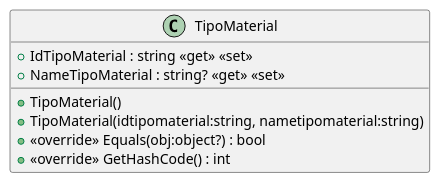
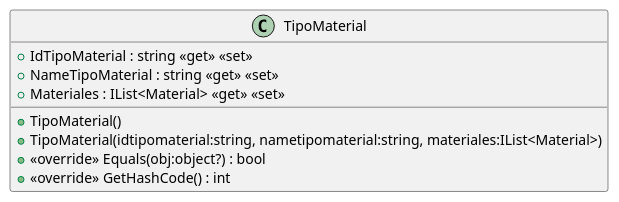
Before and after one commit to ISII2627LosIngenieros/ISII2627LosIngenieros: the diagram in src/AppForSEII.API/ClassDiagram/TipoMaterial.puml, drawn with PlantUML. The commit also changed 14 other files, not shown here.

Commit message:
Se actualizó el diagrama de clases asociado

```diff
--- a/src/AppForSEII.API/ClassDiagram/TipoMaterial.puml
+++ b/src/AppForSEII.API/ClassDiagram/TipoMaterial.puml
@@ -1,10 +1,11 @@
 @startuml
 class TipoMaterial {
     + TipoMaterial()
-    + TipoMaterial(idtipomaterial:string, nametipomaterial:string)
+    + TipoMaterial(idtipomaterial:string, nametipomaterial:string, materiales:IList<Material>)
     + IdTipoMaterial : string <<get>> <<set>>
-    + NameTipoMaterial : string? <<get>> <<set>>
+    + NameTipoMaterial : string <<get>> <<set>>
+    + Materiales : IList<Material> <<get>> <<set>>
     + <<override>> Equals(obj:object?) : bool
     + <<override>> GetHashCode() : int
 }
 @enduml
```
